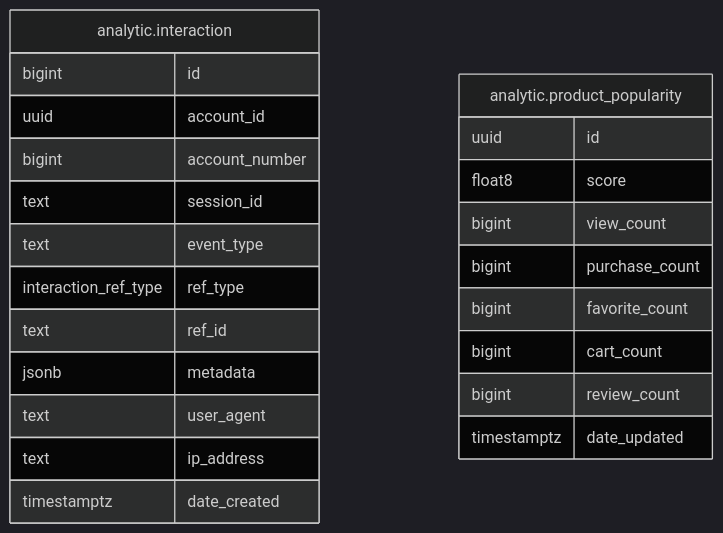
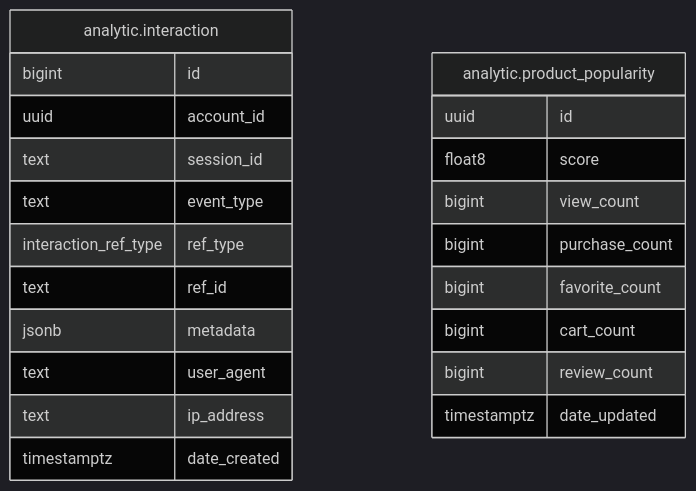
One commit to shopnexus/shopnexus-server changed the diagram in internal/module/analytic/README.md. Above: the diagram before and after it, drawn with Mermaid (dark theme). The commit also changed 8 other files, not shown here.

Commit message:
update schema

````diff
--- a/internal/module/analytic/README.md
+++ b/internal/module/analytic/README.md
@@ -10,27 +10,26 @@
 ```mermaid
 erDiagram
 
 "analytic.interaction" {
   bigint id
   uuid account_id
-  bigint account_number
   text session_id
   text event_type
   interaction_ref_type ref_type
   text ref_id
   jsonb metadata
   text user_agent
   text ip_address
   timestamptz date_created
 }
 "analytic.product_popularity" {
   uuid id
   float8 score
   bigint view_count
   bigint purchase_count
   bigint favorite_count
   bigint cart_count
   bigint review_count
   timestamptz date_updated
 }
 ```
````
